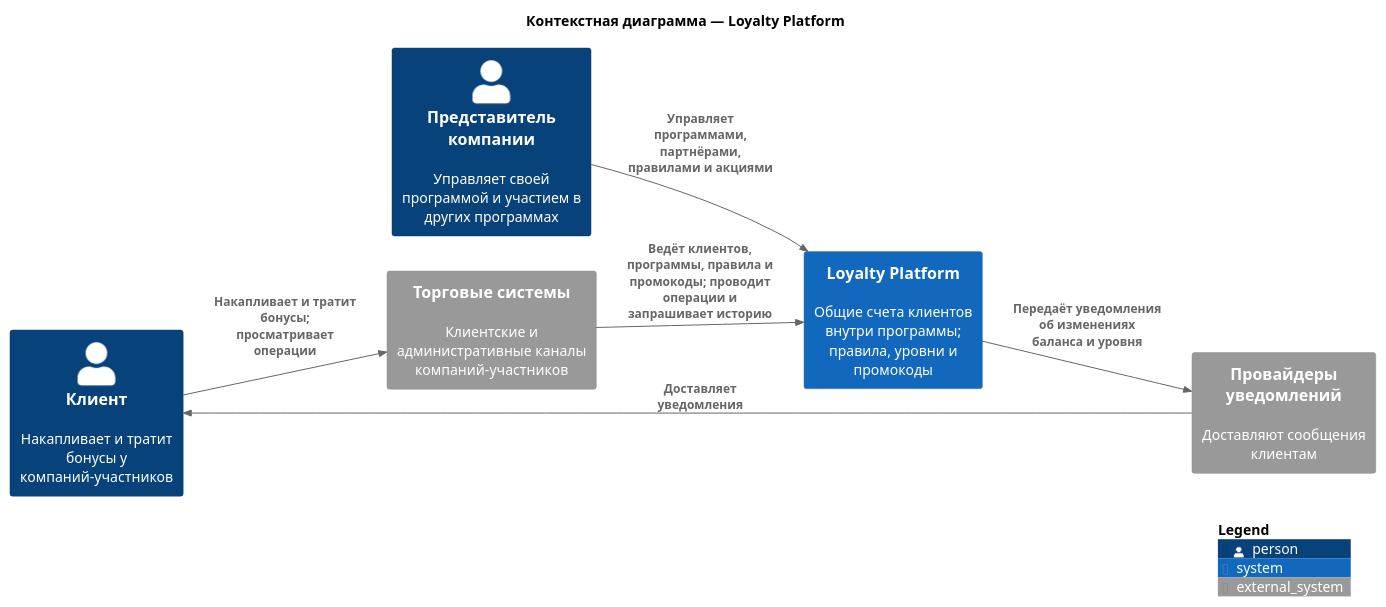
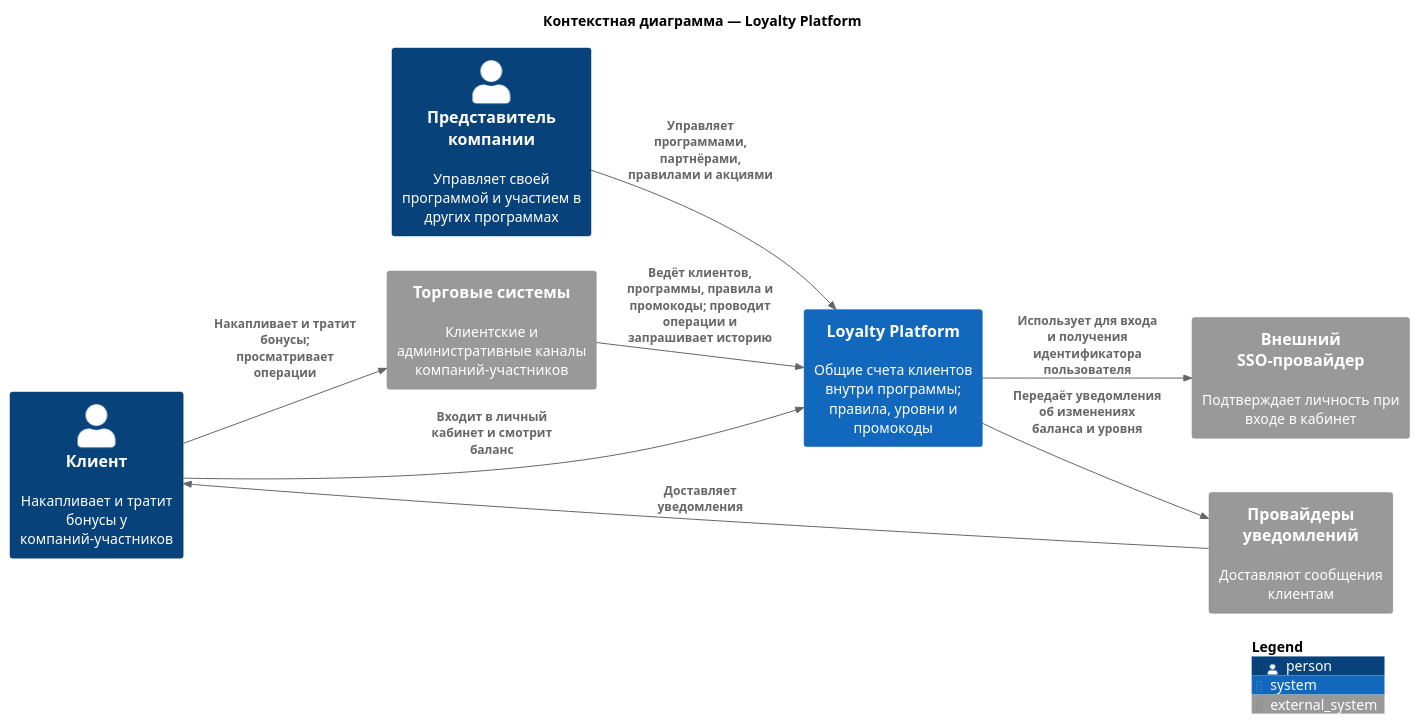
Before and after one commit to Andryss/MicroservicesLab1: the second of 3 diagrams in docs/decomposition.md, drawn with PlantUML. The commit also changed other lines of this file and 4 other files, not shown here.

Commit message:
docs: update C4 diagrams for gateway and infrastructure

````diff
--- a/docs/decomposition.md
+++ b/docs/decomposition.md
@@ -696,21 +696,24 @@
 ```plantuml
 @startuml C4Context
 !include <C4/C4_Context>
 left to right direction
 title Контекстная диаграмма — Loyalty Platform
 
 Person(customer, "Клиент", "Накапливает и тратит бонусы у компаний-участников")
 Person(manager, "Представитель компании", "Управляет своей программой и участием в других программах")
 System_Ext(trading, "Торговые системы", "Клиентские и административные каналы компаний-участников")
 System(platform, "Loyalty Platform", "Общие счета клиентов внутри программы; правила, уровни и промокоды")
+System_Ext(sso, "Внешний SSO-провайдер", "Подтверждает личность при входе в кабинет")
 System_Ext(messaging, "Провайдеры уведомлений", "Доставляют сообщения клиентам")
 
 Rel(customer, trading, "Накапливает и тратит бонусы; просматривает операции")
+Rel(customer, platform, "Входит в личный кабинет и смотрит баланс")
 Rel(manager, platform, "Управляет программами, партнёрами, правилами и акциями")
 Rel(trading, platform, "Ведёт клиентов, программы, правила и промокоды; проводит операции и запрашивает историю")
+Rel(platform, sso, "Использует для входа и получения идентификатора пользователя")
 Rel(platform, messaging, "Передаёт уведомления об изменениях баланса и уровня")
 Rel(messaging, customer, "Доставляет уведомления")
 
 SHOW_LEGEND()
 @enduml
 ```
````
